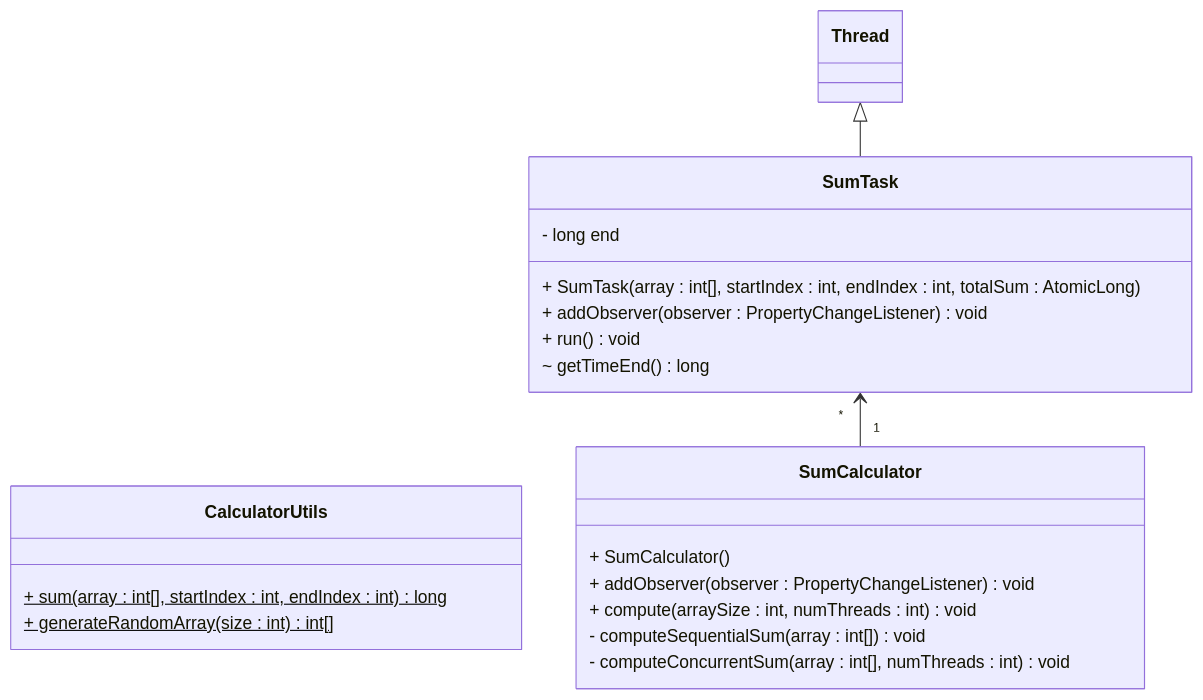
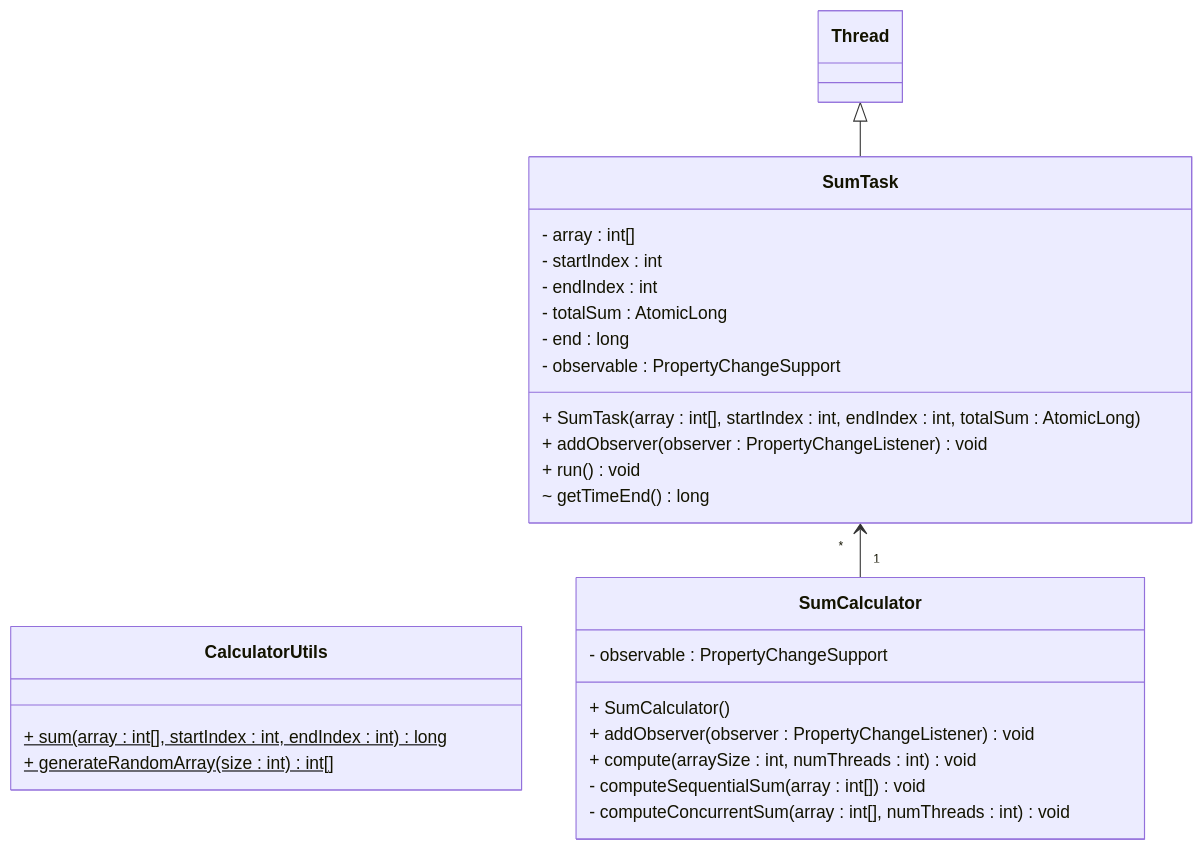
Before and after one commit to esibru/4prj1d-labos: the second of 2 diagrams in docs/TD 03-Programmation concurrente/ex07-applications.md, drawn with Mermaid.

Commit message:
Thread  -attributs absents du diagramme de classes

````diff
--- a/docs/TD 03-Programmation concurrente/ex07-applications.md
+++ b/docs/TD 03-Programmation concurrente/ex07-applications.md
@@ -86,29 +86,35 @@
 ```mermaid
 classDiagram
 direction BT
 class CalculatorUtils { 
   + sum(array : int[], startIndex : int, endIndex : int) long $
   + generateRandomArray(size : int) int[] $
 }
 class SumCalculator {
   + SumCalculator() 
+  - observable : PropertyChangeSupport
   + addObserver(observer : PropertyChangeListener) void
   + compute(arraySize : int, numThreads : int) void
   - computeSequentialSum(array : int[]) void
   - computeConcurrentSum(array : int[], numThreads : int) void
 }
 class SumTask {
   + SumTask(array : int[], startIndex : int, endIndex : int, totalSum : AtomicLong) 
-  - long end
+  - array : int[]
+  - startIndex : int 
+  - endIndex : int 
+  - totalSum : AtomicLong 
+  - end : long 
+  - observable : PropertyChangeSupport
   + addObserver(observer : PropertyChangeListener) void
   + run() void
   ~  getTimeEnd() long
 }
 
 class Thread {
     
 }
 
 SumCalculator "1" --> "*" SumTask
 SumTask --|> Thread
 ```
````
